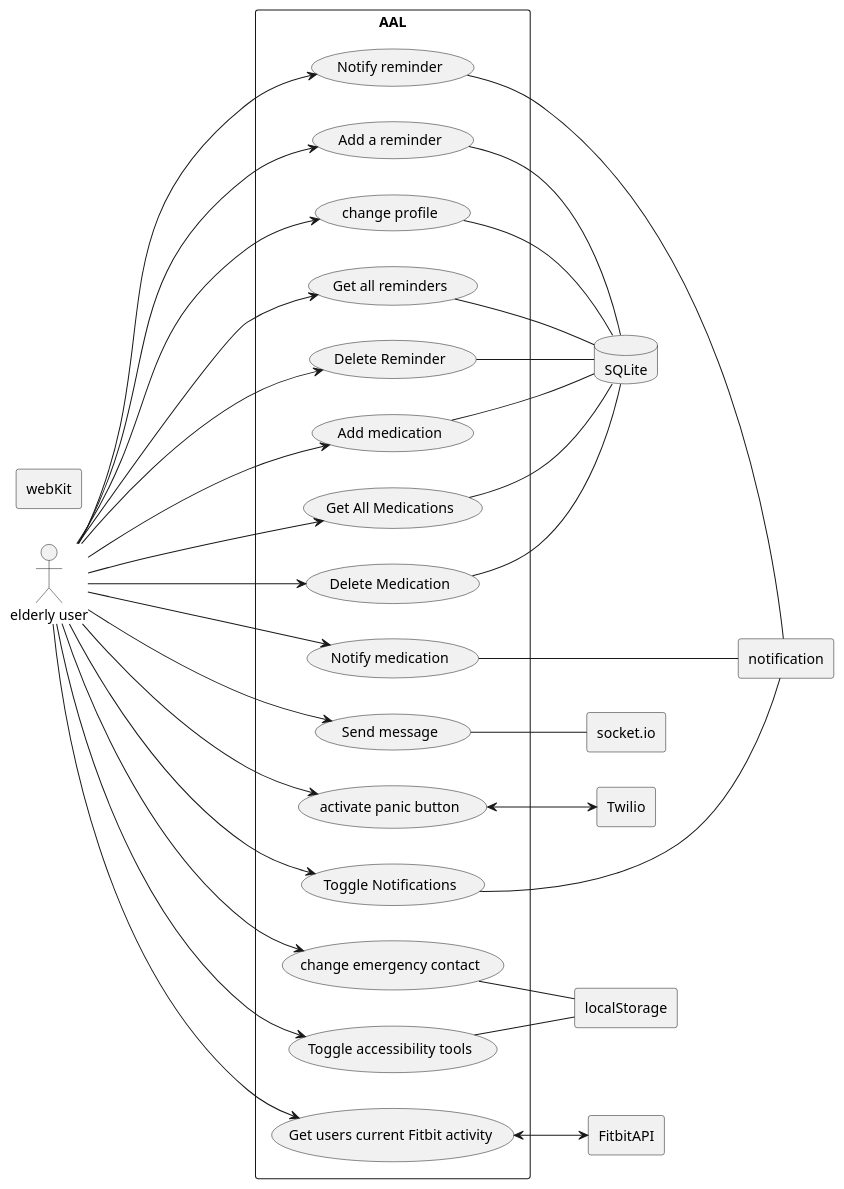
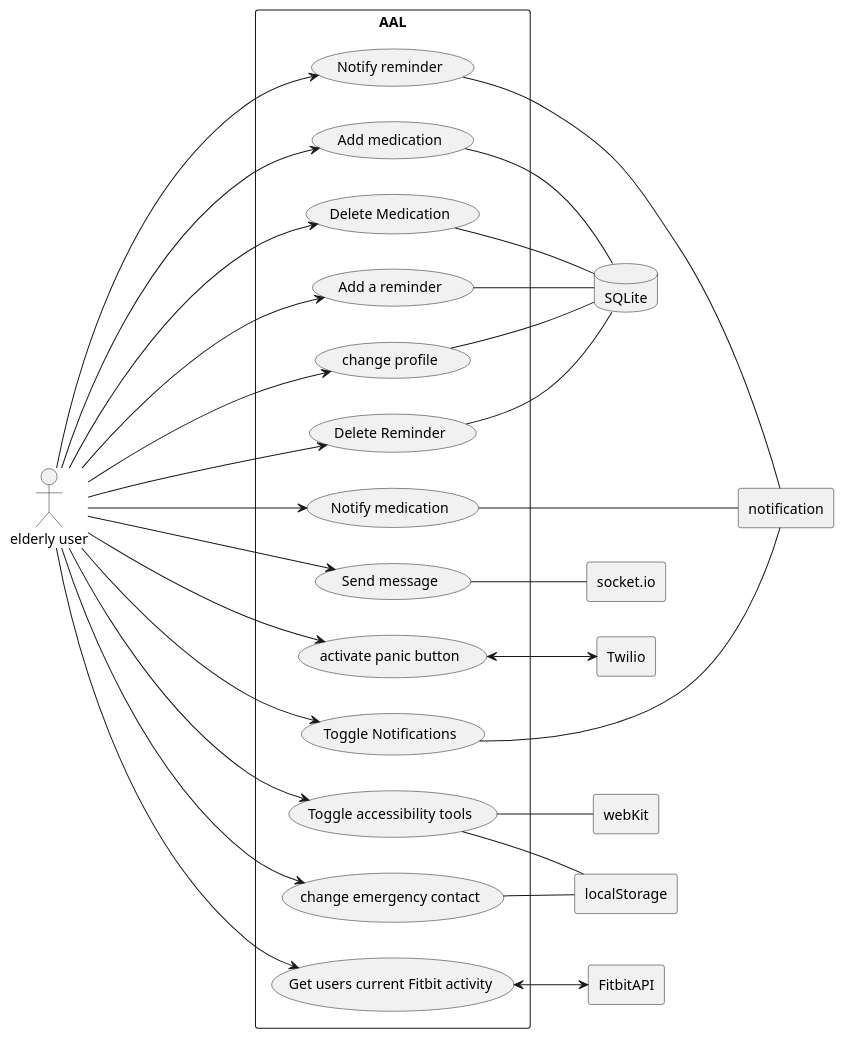
Before and after one commit to gurvirdhillon/AAL-project: the diagram in PUML-designs/useCase2.puml, drawn with PlantUML. The commit also changed 1 other file, not shown here.

Commit message:
added plantuml but need to figure out the architecture

```diff
--- a/PUML-designs/useCase2.puml
+++ b/PUML-designs/useCase2.puml
@@ -1,53 +1,50 @@
 @startuml AAL-living UseCases
 
 :elderly user: as ElderlyUser
 
 rectangle "AAL" as AAL {
   left to right direction
 
 ElderlyUser ----> (Add a reminder)
 ElderlyUser ---> (Notify reminder)
-ElderlyUser ---> (Get all reminders)
 ElderlyUser ---> (Delete Reminder)
 ElderlyUser ---> (Add medication)
 ElderlyUser --> (Notify medication)
-ElderlyUser --> (Get All Medications)
 ElderlyUser --> (Delete Medication)
 ElderlyUser ---> (Send message)
 ElderlyUser ---> (activate panic button)
 ElderlyUser --> (change profile)
 ElderlyUser --> (Toggle Notifications)
 ElderlyUser ---> (Toggle accessibility tools)
 ElderlyUser ---> (change emergency contact)
 ElderlyUser ----> (Get users current Fitbit activity)
 }
 
 rectangle "Twilio" as TwilioAPI
 rectangle "FitbitAPI" as FitbitAPI
 database "SQLite" as DB
 rectangle "socket.io" as SocketIO
 rectangle "localStorage" as localStorage
 rectangle "webKit" as webKit
 rectangle "notification" as notification
 
 (activate panic button) <--> TwilioAPI
 (Get users current Fitbit activity) <--> FitbitAPI
 
 (Add a reminder) -- DB
-(Get all reminders) -- DB
 (Delete Reminder) -- DB
 (change emergency contact) -- localStorage
 (Toggle accessibility tools) -- localStorage
+(Toggle accessibility tools) -- webKit
 (change profile) -- DB
 (Toggle Notifications) --- notification
 (Notify reminder) --- notification
 (Notify medication) --- notification
 
 (Add medication) -- DB
 (Delete Medication) -- DB
-(Get All Medications) -- DB
 
 (Send message) -- SocketIO
 
 
 @enduml
```
